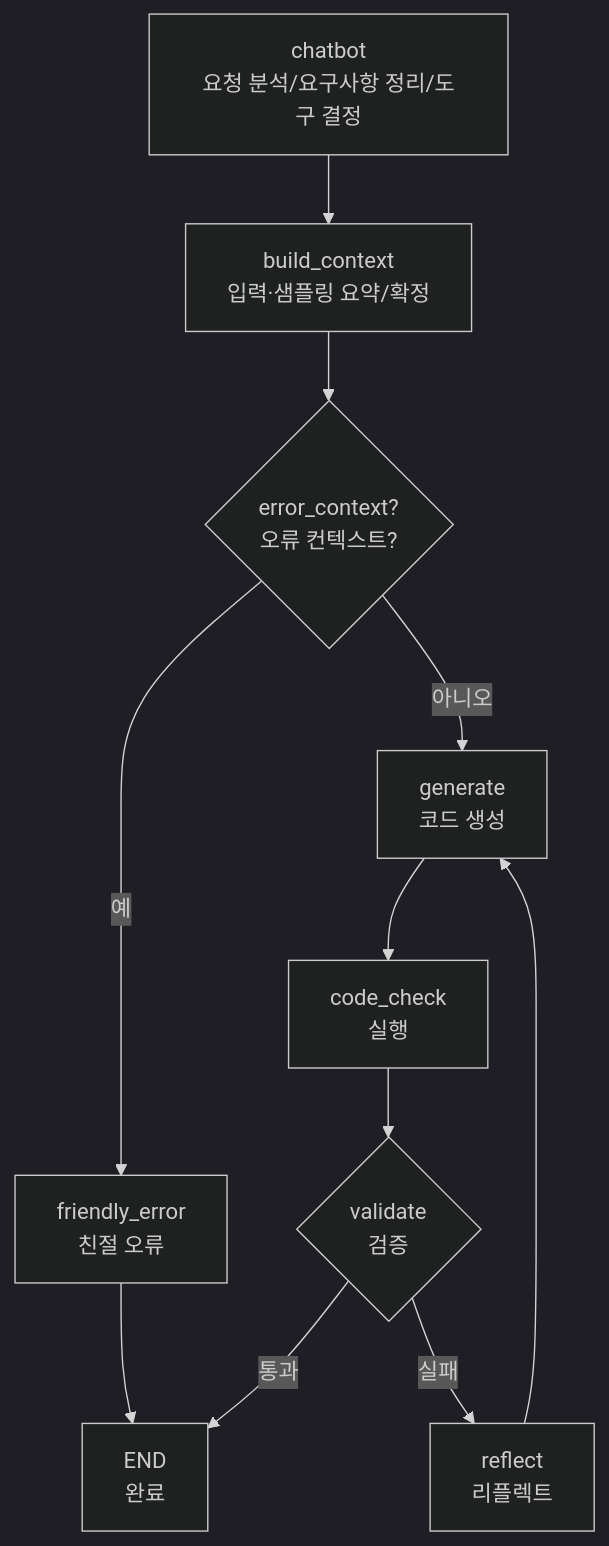
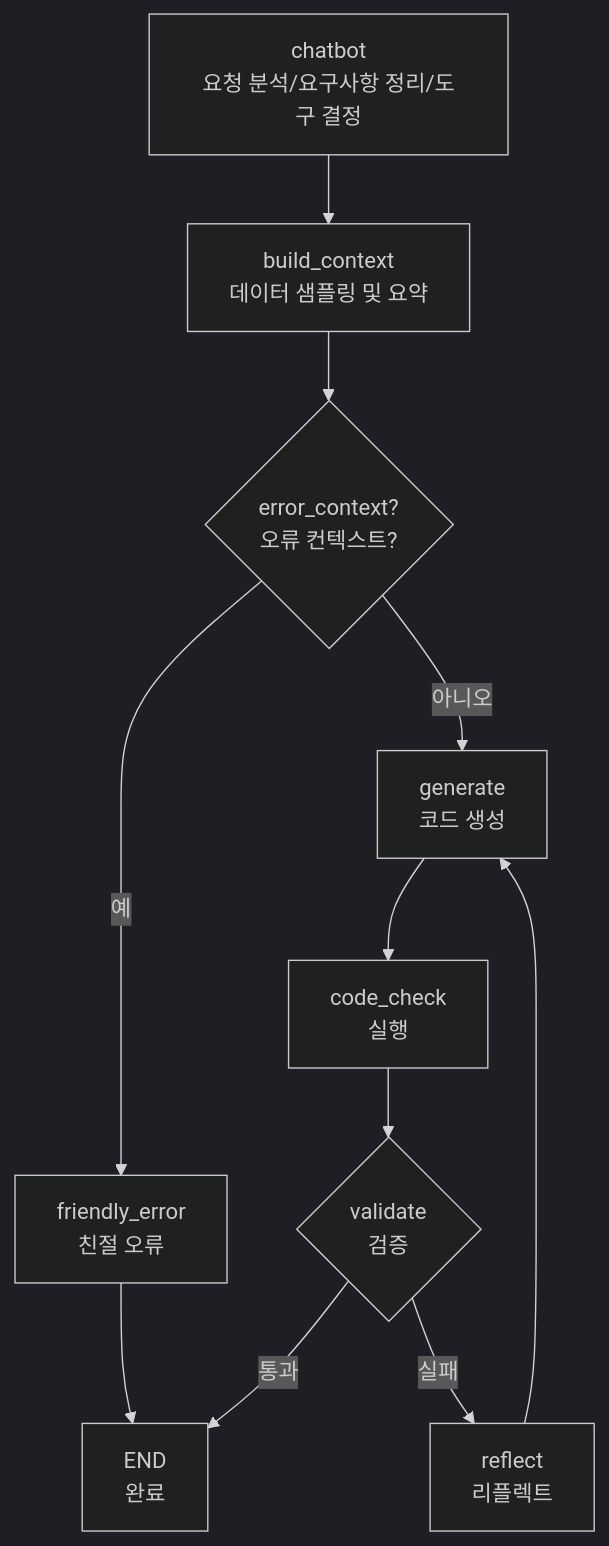
Before and after one commit to sonsukwoo/Data_preprocessing_auto: the second of 3 diagrams in README.md, drawn with Mermaid (dark theme). The commit also changed other lines of this file, not shown here.

````diff
--- a/README.md
+++ b/README.md
@@ -114,11 +117,11 @@
 ```mermaid
 flowchart TD
-  B[chatbot<br/>요청 분석/요구사항 정리/도구 결정] --> C[build_context<br/>입력·샘플링 요약/확정]
+  B[chatbot<br/>요청 분석/요구사항 정리/도구 결정] --> C[build_context<br/>데이터 샘플링 및 요약]
   C --> D{error_context?<br/>오류 컨텍스트?}
   D -->|예| X[friendly_error<br/>친절 오류] --> H[END<br/>완료]
   D -->|아니오| E[generate<br/>코드 생성]
   E --> F[code_check<br/>실행]
   F --> G{validate<br/>검증}
   G -->|통과| H
   G -->|실패| R[reflect<br/>리플렉트] --> E
 ```
````
